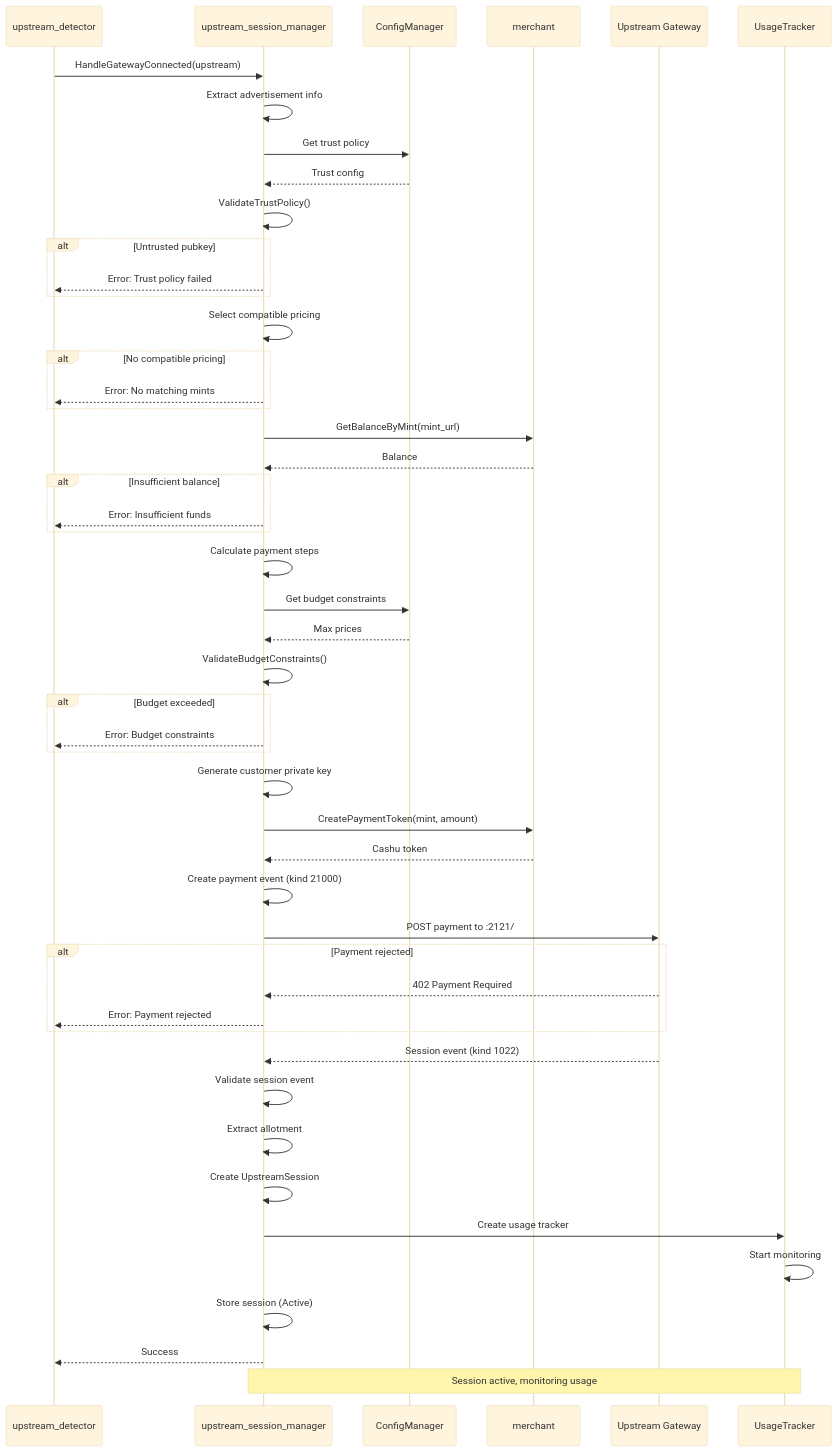
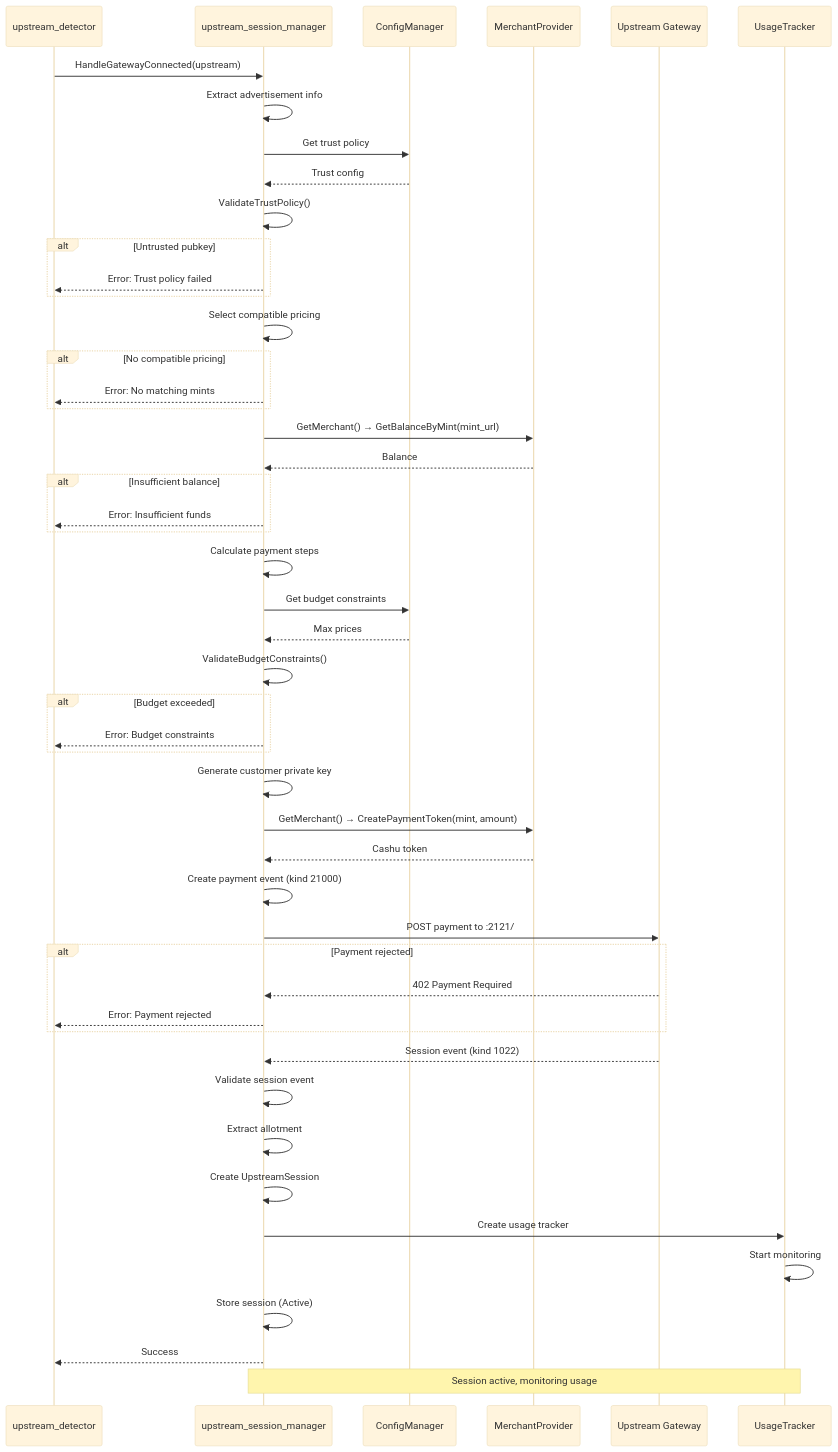
One commit to OpenTollGate/tollgate-module-basic-go changed the sixth of 8 diagrams in docs/upstream_session_manager.md. Above: the diagram before and after it, drawn with Mermaid (base theme). The commit also changed other lines of this file and 4 other files, not shown here.

First line of the commit message:
docs: update documentation for degraded mode architecture (PRs #138-#140)

````diff
--- a/docs/upstream_session_manager.md
+++ b/docs/upstream_session_manager.md
@@ -455,67 +471,67 @@
 ```mermaid
 sequenceDiagram
     participant CS as upstream_detector
     participant CH as upstream_session_manager
     participant CFG as ConfigManager
-    participant MR as merchant
+    participant MP as MerchantProvider
     participant GW as Upstream Gateway
     participant UT as UsageTracker
     
     CS->>CH: HandleGatewayConnected(upstream)
     CH->>CH: Extract advertisement info
     
     CH->>CFG: Get trust policy
     CFG-->>CH: Trust config
     CH->>CH: ValidateTrustPolicy()
     
     alt Untrusted pubkey
         CH-->>CS: Error: Trust policy failed
     end
     
     CH->>CH: Select compatible pricing
     
     alt No compatible pricing
         CH-->>CS: Error: No matching mints
     end
     
-    CH->>MR: GetBalanceByMint(mint_url)
-    MR-->>CH: Balance
+    CH->>MP: GetMerchant() → GetBalanceByMint(mint_url)
+    MP-->>CH: Balance
     
     alt Insufficient balance
         CH-->>CS: Error: Insufficient funds
     end
     
     CH->>CH: Calculate payment steps
     CH->>CFG: Get budget constraints
     CFG-->>CH: Max prices
     CH->>CH: ValidateBudgetConstraints()
     
     alt Budget exceeded
         CH-->>CS: Error: Budget constraints
     end
     
     CH->>CH: Generate customer private key
-    CH->>MR: CreatePaymentToken(mint, amount)
-    MR-->>CH: Cashu token
+    CH->>MP: GetMerchant() → CreatePaymentToken(mint, amount)
+    MP-->>CH: Cashu token
     
     CH->>CH: Create payment event (kind 21000)
     CH->>GW: POST payment to :2121/
     
     alt Payment rejected
         GW-->>CH: 402 Payment Required
         CH-->>CS: Error: Payment rejected
     end
     
     GW-->>CH: Session event (kind 1022)
     CH->>CH: Validate session event
     CH->>CH: Extract allotment
     
     CH->>CH: Create UpstreamSession
     CH->>UT: Create usage tracker
     UT->>UT: Start monitoring
     CH->>CH: Store session (Active)
     
     CH-->>CS: Success
     
     Note over CH,UT: Session active, monitoring usage
 ```
````
